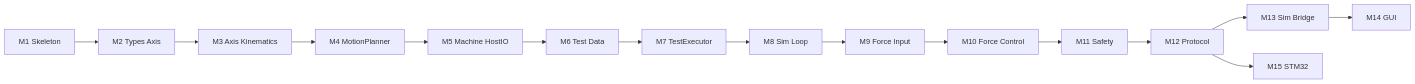
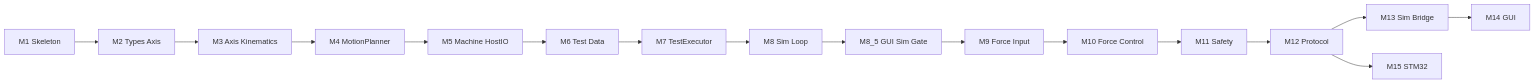
The diagram in .cursor/plans/core_sim_roadmap_7b1d35a7.plan.md (PaulStark2/TEC___Abzugsmessgeraet_V2), drawn with Mermaid before and after one commit. The commit also changed other lines of this file and 14 other files, not shown here.

Commit message:
- Implemented an interactive Sim Host (M8.5) controlled by an interactive GUI gate (Cursor Roadmap M8.5 + G3.5)

````diff
--- a/.cursor/plans/core_sim_roadmap_7b1d35a7.plan.md
+++ b/.cursor/plans/core_sim_roadmap_7b1d35a7.plan.md
@@ -84,17 +89,18 @@
 ```mermaid
 flowchart LR
   M1[M1 Skeleton] --> M2[M2 Types Axis]
   M2 --> M3[M3 Axis Kinematics]
   M3 --> M4[M4 MotionPlanner]
   M4 --> M5[M5 Machine HostIO]
   M5 --> M6[M6 Test Data]
   M6 --> M7[M7 TestExecutor]
   M7 --> M8[M8 Sim Loop]
-  M8 --> M9[M9 Force Input]
+  M8 --> M85[M8_5 GUI Sim Gate]
+  M85 --> M9[M9 Force Input]
   M9 --> M10[M10 Force Control]
   M10 --> M11[M11 Safety]
   M11 --> M12[M12 Protocol]
   M12 --> M13[M13 Sim Bridge]
   M13 --> M14[M14 GUI]
   M12 --> M15[M15 STM32]
 ```
````
